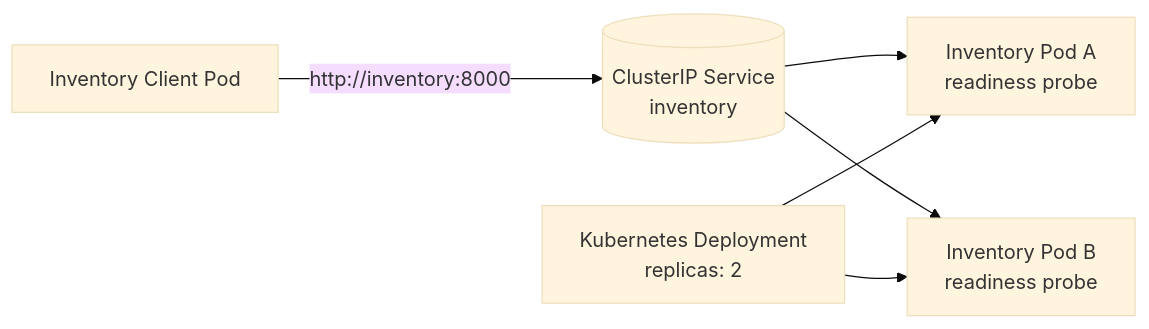
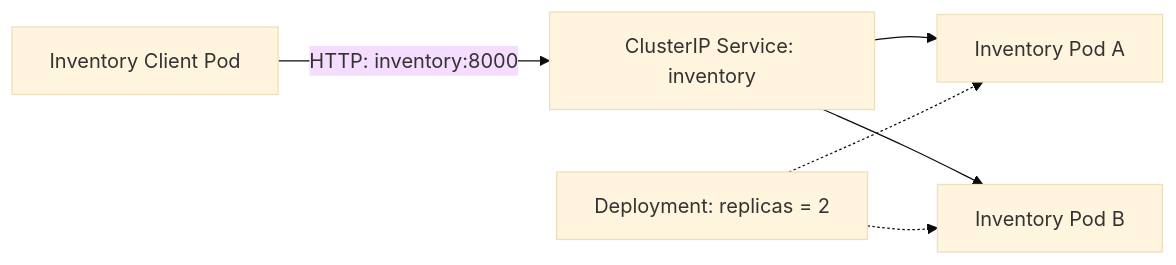
Before and after one commit to mathewpius19/Service-Discovery-Readiness-Recovery---CMPE-273-Assignment: the diagram in README.md, drawn with Mermaid (base theme). The commit also changed other lines of this file, not shown here.

First line of the commit message:
Revise README for clarity on service discovery and deployment

````diff
--- a/README.md
+++ b/README.md
@@ -7,8 +11,10 @@
 ```mermaid
 flowchart LR
-    Client[Inventory Client Pod] -->|http://inventory:8000| Service[(ClusterIP Service\ninventory)]
-    Service --> PodA[Inventory Pod A\nreadiness probe]
-    Service --> PodB[Inventory Pod B\nreadiness probe]
-    Deploy[Kubernetes Deployment\nreplicas: 2] --> PodA
-    Deploy --> PodB
+    Client["Inventory Client Pod"] -->|"HTTP: inventory:8000"| Service["ClusterIP Service: inventory"]
+
+    Service --> PodA["Inventory Pod A"]
+    Service --> PodB["Inventory Pod B"]
+
+    Deploy["Deployment: replicas = 2"] -.-> PodA
+    Deploy -.-> PodB
 ```
````
